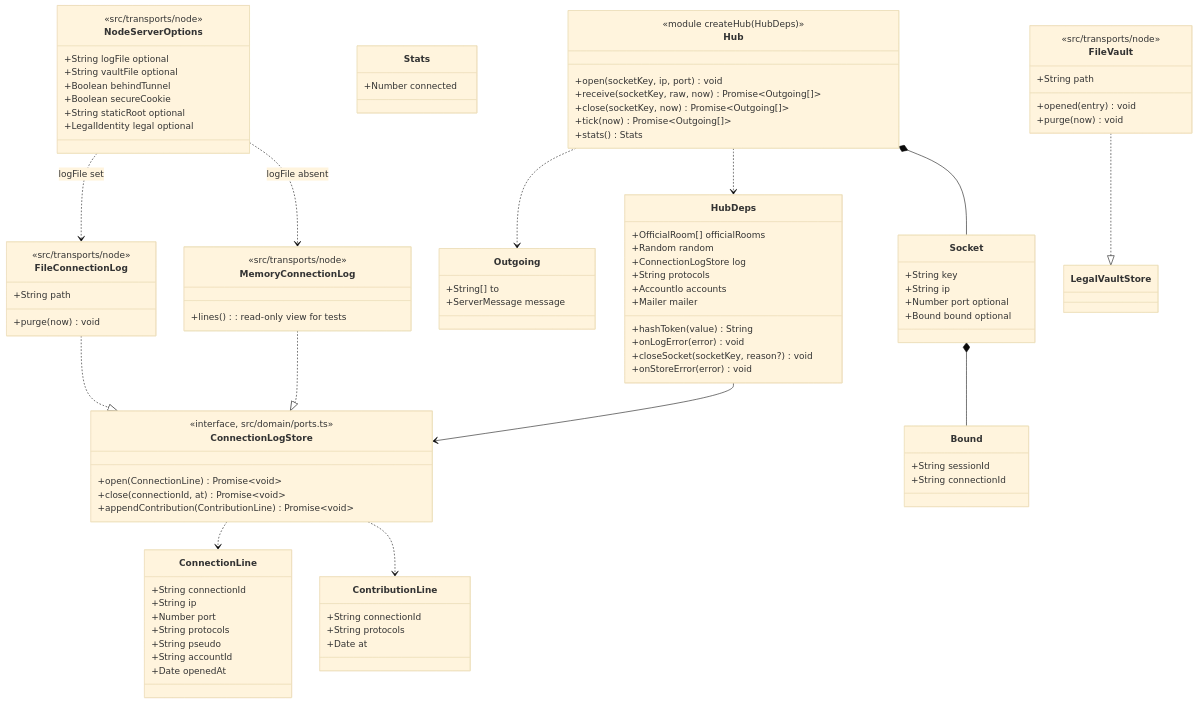
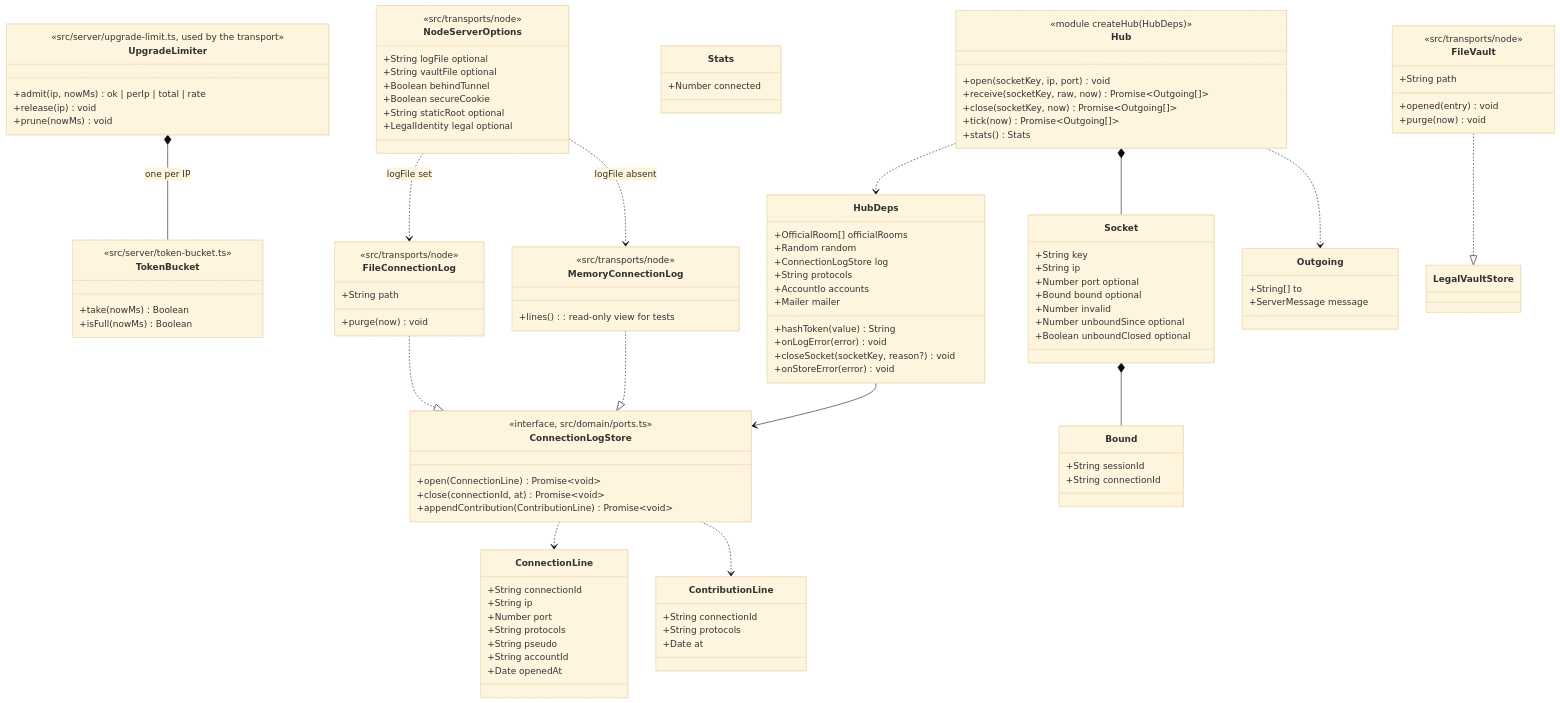
The first of 2 diagrams in docs/architecture/diagrams/platform/04c-class-server-hub.md (benoit-bremaud/asv), drawn with Mermaid (base theme) before and after one commit. The commit also changed other lines of this file and 31 other files, not shown here.

First line of the commit message:
feat(transport): cap concurrent sockets per IP and close unbound sockets (#116)

```diff
--- a/docs/architecture/diagrams/platform/04c-class-server-hub.md
+++ b/docs/architecture/diagrams/platform/04c-class-server-hub.md
@@ -62,7 +62,22 @@
     +String ip
     +Number port optional
     +Bound bound optional
+    +Number invalid
+    +Number unboundSince optional
+    +Boolean unboundClosed optional
   }
+  class UpgradeLimiter {
+    <<src/server/upgrade-limit.ts, used by the transport>>
+    +admit(ip, nowMs) ok | perIp | total | rate
+    +release(ip) void
+    +prune(nowMs) void
+  }
+  class TokenBucket {
+    <<src/server/token-bucket.ts>>
+    +take(nowMs) Boolean
+    +isFull(nowMs) Boolean
+  }
+  UpgradeLimiter *-- TokenBucket : one per IP
   class Bound {
     +String sessionId
     +String connectionId
```
